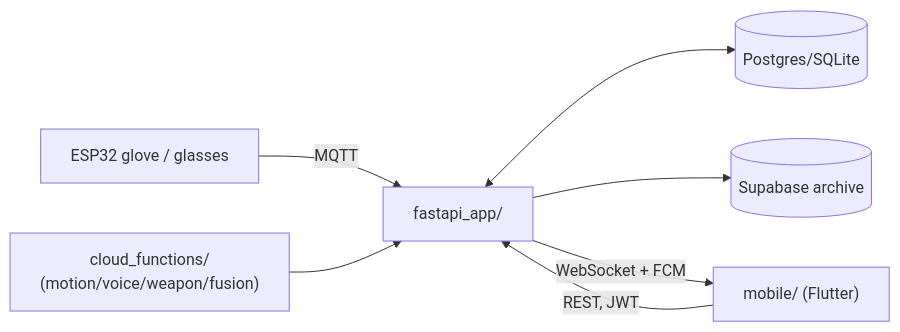
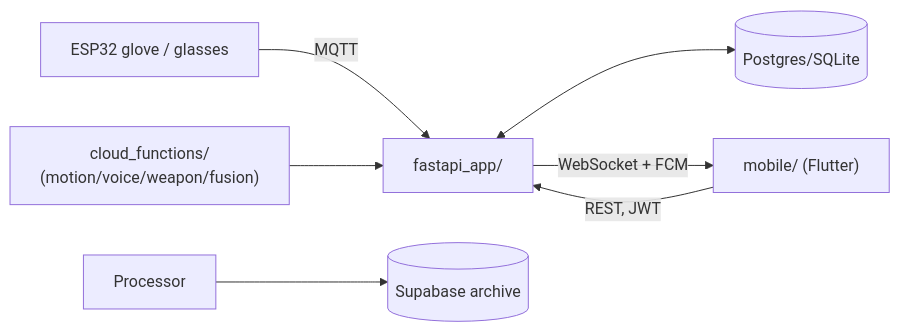
Before and after one commit to ShadowInCache/SafeHer: the diagram in README.md, drawn with Mermaid. The commit also changed other lines of this file and 9 other files, not shown here.

````diff
--- a/README.md
+++ b/README.md
@@ -74,9 +74,9 @@
 ```mermaid
 flowchart LR
     Devices["ESP32 glove / glasses"] -- MQTT --> Backend["fastapi_app/"]
     Backend <--> DB[("Postgres/SQLite")]
-    Backend --> Supabase[("Supabase archive")]
+    Processor --> Supabase[("Supabase archive")]
     Backend -- WebSocket + FCM --> Mobile["mobile/ (Flutter)"]
     Mobile -- REST, JWT --> Backend
     CloudFn["cloud_functions/\n(motion/voice/weapon/fusion)"] --> Backend
 ```
````
